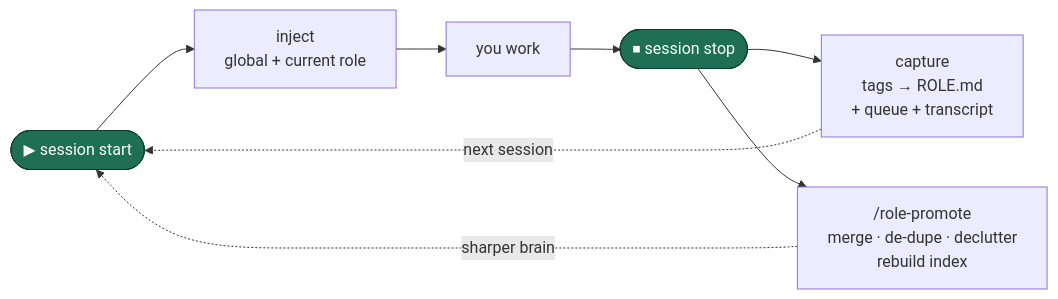
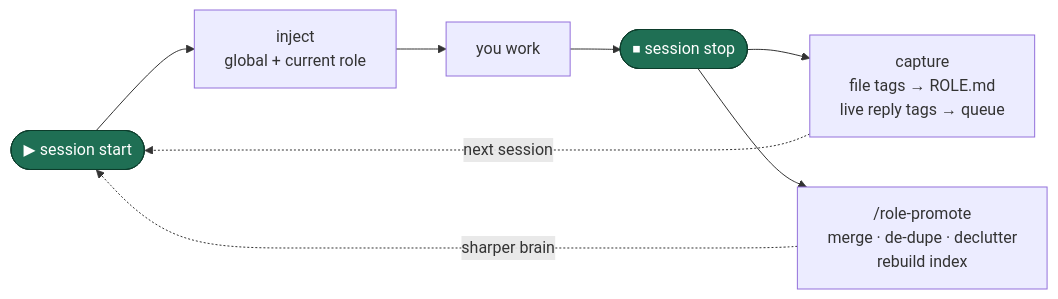
The second of 2 diagrams in README.md (hdk10/orgkit), drawn with Mermaid before and after one commit. The commit also changed other lines of this file and 9 other files, not shown here.

First line of the commit message:
feat: live capture (emit-and-harvest) + scheduled batch capture

````diff
--- a/README.md
+++ b/README.md
@@ -101,12 +102,12 @@
 ```mermaid
 flowchart LR
   S(["▶ session start"]) --> I["inject<br/>global + current role"]
   I --> W["you work"]
   W --> T(["⏹ session stop"])
-  T --> C["capture<br/>tags → ROLE.md<br/>+ queue + transcript"]
+  T --> C["capture<br/>file tags → ROLE.md<br/>live reply tags → queue"]
   C -.->|next session| S
   T --> P["/role-promote<br/>merge · de-dupe · declutter<br/>rebuild index"]
   P -.->|sharper brain| S
   classDef a fill:#1f6f54,stroke:#0d3d2c,color:#fff
   class S,T a
 ```
````
